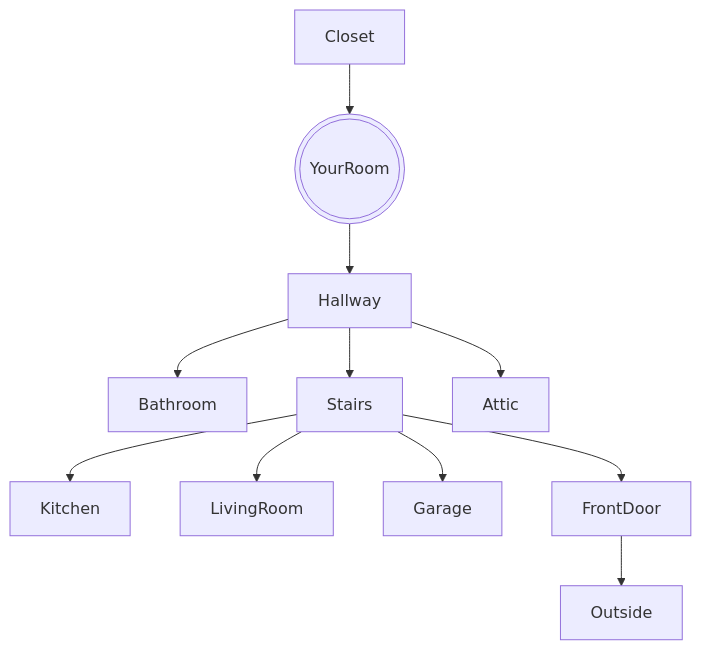
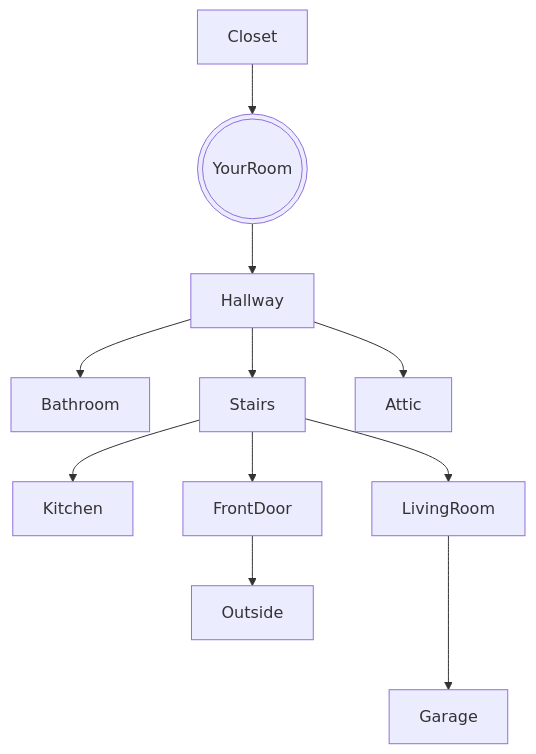
One commit to Woahthatsalooongusername/Woahthatsalooongusername.github.io changed the diagram in projects/game/README.md. Above: the diagram before and after it, drawn with Mermaid. The commit also changed 3 other files, not shown here.

````diff
--- a/projects/game/README.md
+++ b/projects/game/README.md
@@ -9,13 +9,13 @@
 ```mermaid
 graph TD;
     Closet-->YourRoom;
     YourRoom(((YourRoom)))-->Hallway;
     Hallway-->Bathroom;
     Hallway-->Stairs;
     Hallway-->Attic;
     Stairs-->Kitchen;
     Stairs-->LivingRoom;
-    Stairs-->Garage;
+    LivingRoom--->Garage;
     Stairs-->FrontDoor;
     FrontDoor-->Outside;
 ```
````
